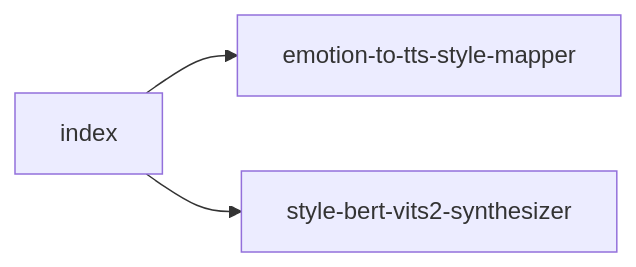
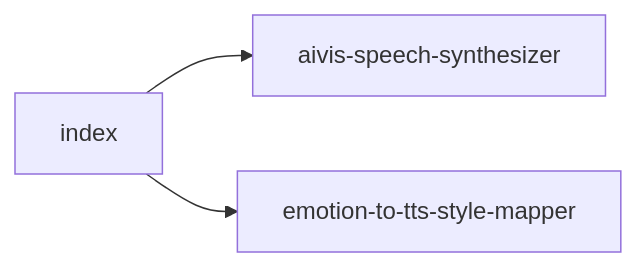
Before and after one commit to OJII3/vicissitude: the diagram in packages/tts/DEPS.md, drawn with Mermaid. The commit also changed other lines of this file and 7 other files, not shown here.

First line of the commit message:
refactor: TTS エンジンを Style-Bert-VITS2 から AivisSpeech に変更

````diff
--- a/packages/tts/DEPS.md
+++ b/packages/tts/DEPS.md
@@ -7,7 +7,7 @@
 ```mermaid
 graph LR
+  aivis_speech_synthesizer["aivis-speech-synthesizer"]
   emotion_to_tts_style_mapper["emotion-to-tts-style-mapper"]
+  index --> aivis_speech_synthesizer["aivis-speech-synthesizer"]
   index --> emotion_to_tts_style_mapper["emotion-to-tts-style-mapper"]
-  index --> style_bert_vits2_synthesizer["style-bert-vits2-synthesizer"]
-  style_bert_vits2_synthesizer["style-bert-vits2-synthesizer"]
 ```
````
